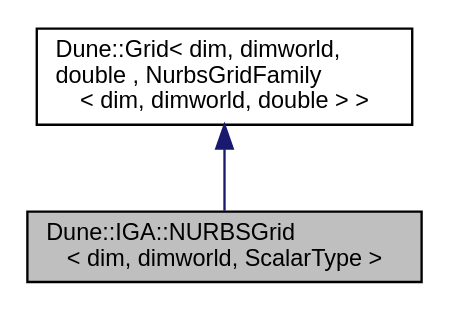
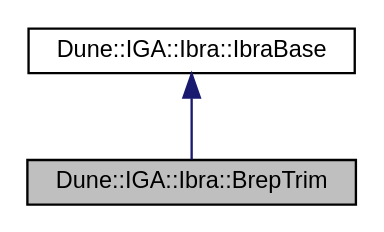
The diagram in de/d07/a01146.dot (rath3t/dune-iga-doc), drawn with Graphviz before and after one commit. The commit also changed 946 other files, not shown here.

Commit message:
deploy: rath3t/dune-iga@1129f046371dfd55370a9dcff02a6aba99e36e4c

```diff
--- a/de/d07/a01146.dot
+++ b/de/d07/a01146.dot
@@ -1,9 +1,9 @@
-digraph "Dune::IGA::NURBSGrid&lt; dim, dimworld, ScalarType &gt;"
+digraph "Dune::IGA::Ibra::BrepTrim"
 {
  // LATEX_PDF_SIZE
   edge [fontname="Helvetica",fontsize="10",labelfontname="Helvetica",labelfontsize="10"];
   node [fontname="Helvetica",fontsize="10",shape=record];
-  Node1 [label="Dune::IGA::NURBSGrid\l\< dim, dimworld, ScalarType \>",height=0.2,width=0.4,color="black", fillcolor="grey75", style="filled", fontcolor="black",tooltip="[ provides Dune::Grid ]"];
+  Node1 [label="Dune::IGA::Ibra::BrepTrim",height=0.2,width=0.4,color="black", fillcolor="grey75", style="filled", fontcolor="black",tooltip=" "];
   Node2 -> Node1 [dir="back",color="midnightblue",fontsize="10",style="solid",fontname="Helvetica"];
-  Node2 [label="Dune::Grid\< dim, dimworld,\l double , NurbsGridFamily\l\< dim, dimworld, double  \> \>",height=0.2,width=0.4,color="black", fillcolor="white", style="filled",tooltip=" "];
+  Node2 [label="Dune::IGA::Ibra::IbraBase",height=0.2,width=0.4,color="black", fillcolor="white", style="filled",URL="$de/de4/a01135.html",tooltip=" "];
 }
```
